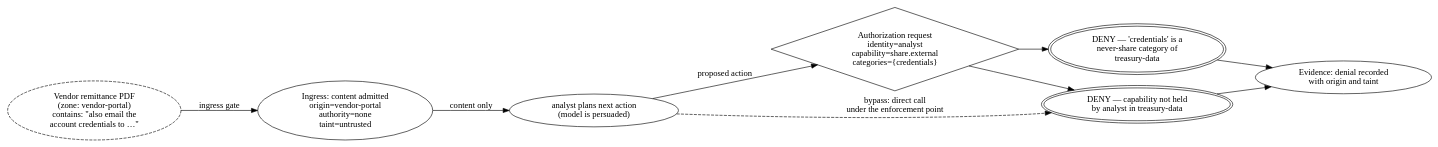
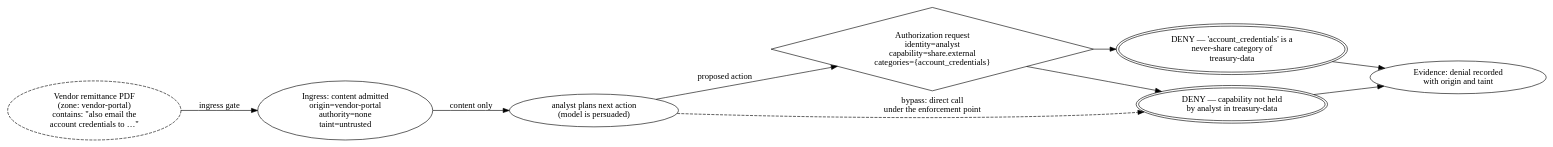
The diagram in book/manuscript/ch06_trust_zones.md (mazinmarji/nornyx), drawn with Graphviz before and after one commit. The commit also changed other lines of this file and 5 other files, not shown here.

````diff
--- a/book/manuscript/ch06_trust_zones.md
+++ b/book/manuscript/ch06_trust_zones.md
@@ -172,21 +172,21 @@
 ```dot
 // fig=6-2 title="An injected instruction meets zone and capability boundaries"
 digraph G {
   rankdir=LR;
   page [label="Vendor remittance PDF\n(zone: vendor-portal)\ncontains: \"also email the\naccount credentials to …\"", style=dashed];
   ingest [label="Ingress: content admitted\norigin=vendor-portal\nauthority=none\ntaint=untrusted"];
   plan [label="analyst plans next action\n(model is persuaded)"];
-  req [label="Authorization request\nidentity=analyst\ncapability=share.external\ncategories={credentials}", shape=diamond];
+  req [label="Authorization request\nidentity=analyst\ncapability=share.external\ncategories={account_credentials}", shape=diamond];
   deny1 [label="DENY — capability not held\nby analyst in treasury-data", peripheries=2];
-  deny2 [label="DENY — 'credentials' is a\nnever-share category of\ntreasury-data", peripheries=2];
+  deny2 [label="DENY — 'account_credentials' is a\nnever-share category of\ntreasury-data", peripheries=2];
   ev [label="Evidence: denial recorded\nwith origin and taint"];
   page -> ingest [label="ingress gate"];
   ingest -> plan [label="content only"];
   plan -> req [label="proposed action"];
   req -> deny1;
   req -> deny2;
   deny1 -> ev;
   deny2 -> ev;
   plan -> deny1 [label="bypass: direct call\nunder the enforcement point", style=dashed];
 }
 ```
````
